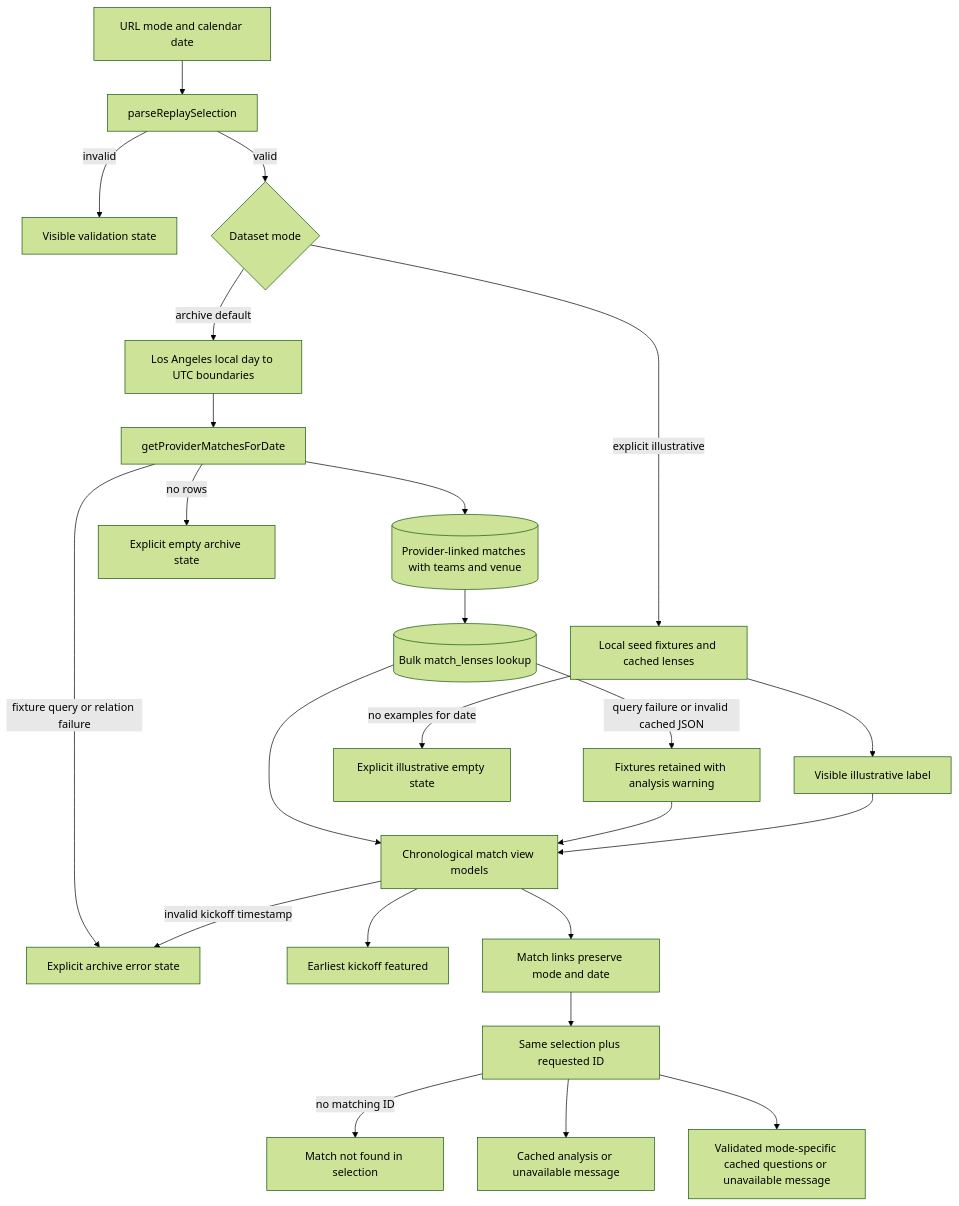
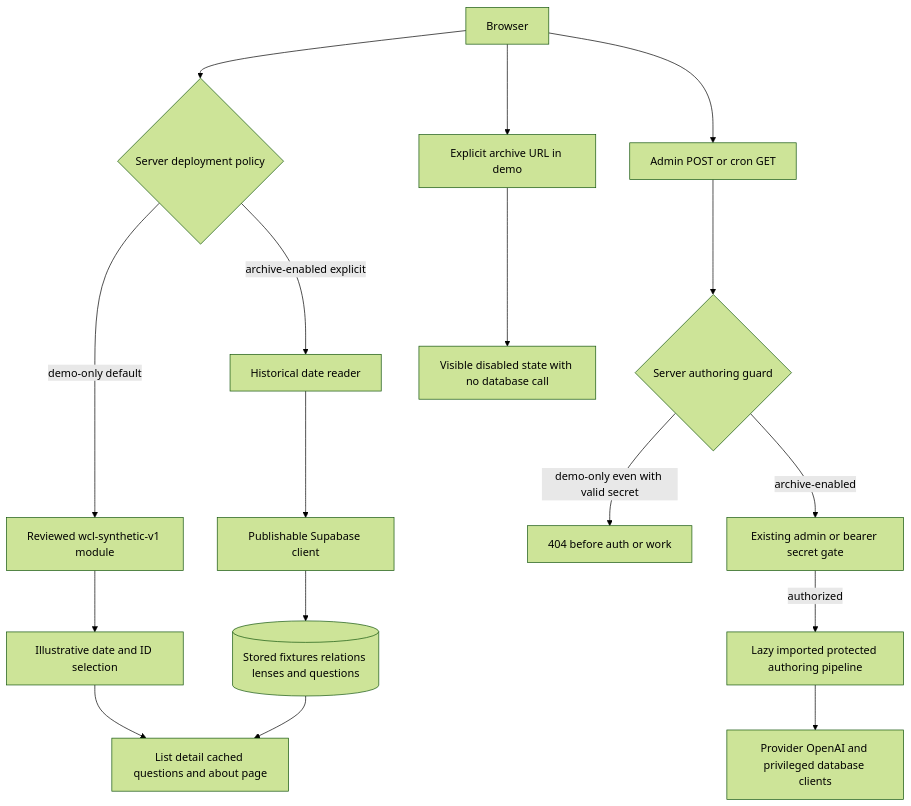
One commit to jeffreymutethia/world-cup-lens changed the first of 2 diagrams in docs/architecture.md. Above: the diagram before and after it, drawn with Mermaid (forest theme). The commit also changed other lines of this file and 46 other files, not shown here.

Commit message:
Deliver a self-contained fictional demo with fail-closed service boundaries

````diff
--- a/docs/architecture.md
+++ b/docs/architecture.md
@@ -56,26 +9,19 @@
 ```mermaid
 flowchart TD
-  URL[URL mode and calendar date] --> Validate[parseReplaySelection]
-  Validate -->|invalid| Invalid[Visible validation state]
-  Validate -->|valid| Mode{Dataset mode}
-  Mode -->|archive default| Bounds[Los Angeles local day to UTC boundaries]
-  Bounds --> Query[getProviderMatchesForDate]
-  Query --> Fixtures[(Provider-linked matches with teams and venue)]
-  Fixtures --> Cache[(Bulk match_lenses lookup)]
-  Cache --> Ready[Chronological match view models]
-  Cache -->|query failure or invalid cached JSON| Warning[Fixtures retained with analysis warning]
-  Warning --> Ready
-  Query -->|no rows| Empty[Explicit empty archive state]
-  Query -->|fixture query or relation failure| Error[Explicit archive error state]
-  Ready -->|invalid kickoff timestamp| Error
-  Mode -->|explicit illustrative| Seed[Local seed fixtures and cached lenses]
-  Seed --> Label[Visible illustrative label]
-  Label --> Ready
-  Seed -->|no examples for date| ExampleEmpty[Explicit illustrative empty state]
-  Ready --> Featured[Earliest kickoff featured]
-  Ready --> Link[Match links preserve mode and date]
-  Link --> Detail[Same selection plus requested ID]
-  Detail -->|no matching ID| Missing[Match not found in selection]
-  Detail --> Lens[Cached analysis or unavailable message]
-  Detail --> Answers[Validated mode-specific cached questions or unavailable message]
+  Browser[Browser] --> Policy{Server deployment policy}
+  Policy -->|demo-only default| Demo[Reviewed wcl-synthetic-v1 module]
+  Demo --> Selection[Illustrative date and ID selection]
+  Selection --> UI[List detail cached questions and about page]
+  Policy -->|archive-enabled explicit| Archive[Historical date reader]
+  Archive --> PublicClient[Publishable Supabase client]
+  PublicClient --> DB[(Stored fixtures relations lenses and questions)]
+  DB --> UI
+  Browser --> Attempt[Admin POST or cron GET]
+  Attempt --> Guard{Server authoring guard}
+  Guard -->|demo-only even with valid secret| Denied[404 before auth or work]
+  Guard -->|archive-enabled| Auth[Existing admin or bearer secret gate]
+  Auth -->|authorized| Pipeline[Lazy imported protected authoring pipeline]
+  Pipeline --> Services[Provider OpenAI and privileged database clients]
+  Browser --> ArchiveAttempt[Explicit archive URL in demo]
+  ArchiveAttempt --> Disabled[Visible disabled state with no database call]
 ```
````
